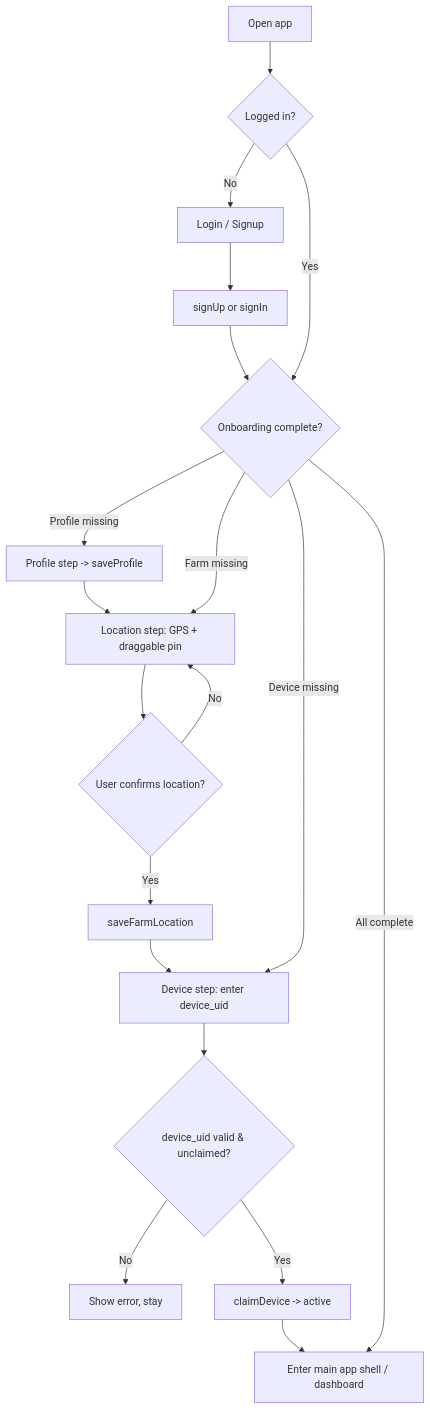
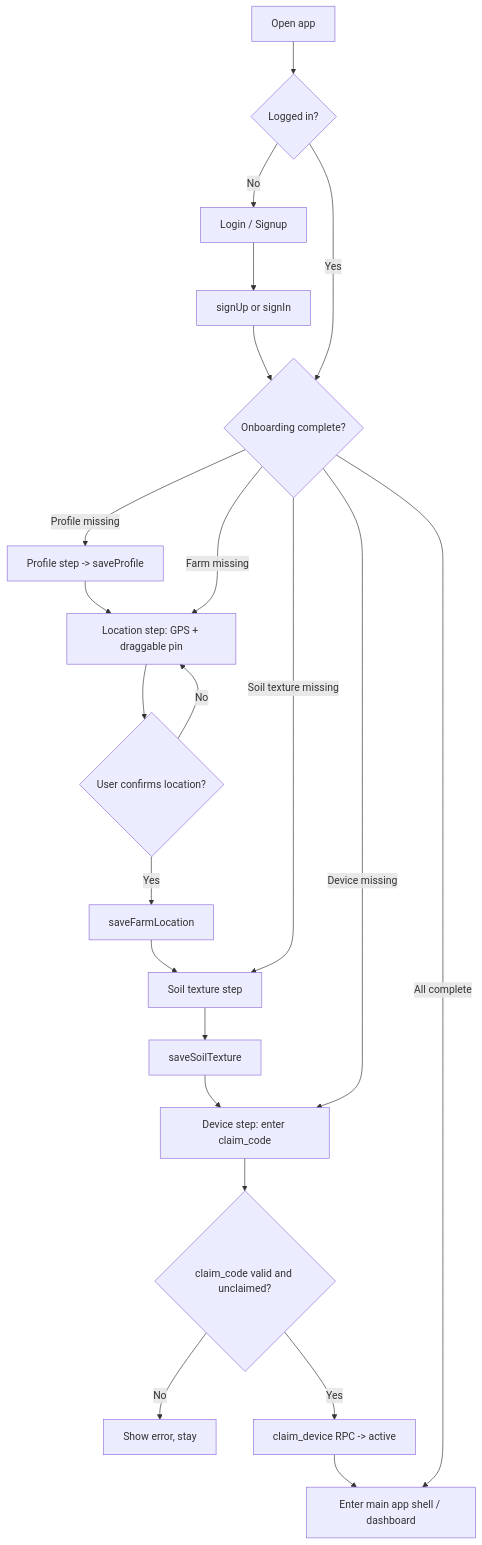
The diagram in docs/pages/onboarding.md (markjoelalcaraz/SoilGood), drawn with Mermaid before and after one commit. The commit also changed other lines of this file and 313 other files, not shown here.

Commit message:
Record the working SoilGood system so device builds match the current app, including farm setup, soil fit, irrigation plans, and account recovery.

````diff
--- a/docs/pages/onboarding.md
+++ b/docs/pages/onboarding.md
@@ -92,21 +100,24 @@
 ```mermaid
 flowchart TD
   A[Open app] --> B{Logged in?}
   B -->|No| C[Login / Signup]
   C --> D[signUp or signIn]
   D --> E{Onboarding complete?}
   B -->|Yes| E
   E -->|Profile missing| F[Profile step -> saveProfile]
   F --> G[Location step]
   E -->|Farm missing| G[Location step: GPS + draggable pin]
   G --> H{User confirms location?}
   H -->|No| G
   H -->|Yes| I[saveFarmLocation]
-  I --> J[Device step: enter device_uid]
-  E -->|Device missing| J
-  J --> K{device_uid valid & unclaimed?}
-  K -->|No| L[Show error, stay]
-  K -->|Yes| M[claimDevice -> active]
-  M --> N[Enter main app shell / dashboard]
-  E -->|All complete| N
+  I --> J[Soil texture step]
+  J --> K2[saveSoilTexture]
+  K2 --> L[Device step: enter claim_code]
+  E -->|Soil texture missing| J
+  E -->|Device missing| L
+  L --> K{claim_code valid and unclaimed?}
+  K -->|No| M[Show error, stay]
+  K -->|Yes| N[claim_device RPC -> active]
+  N --> O[Enter main app shell / dashboard]
+  E -->|All complete| O
 ```
````
